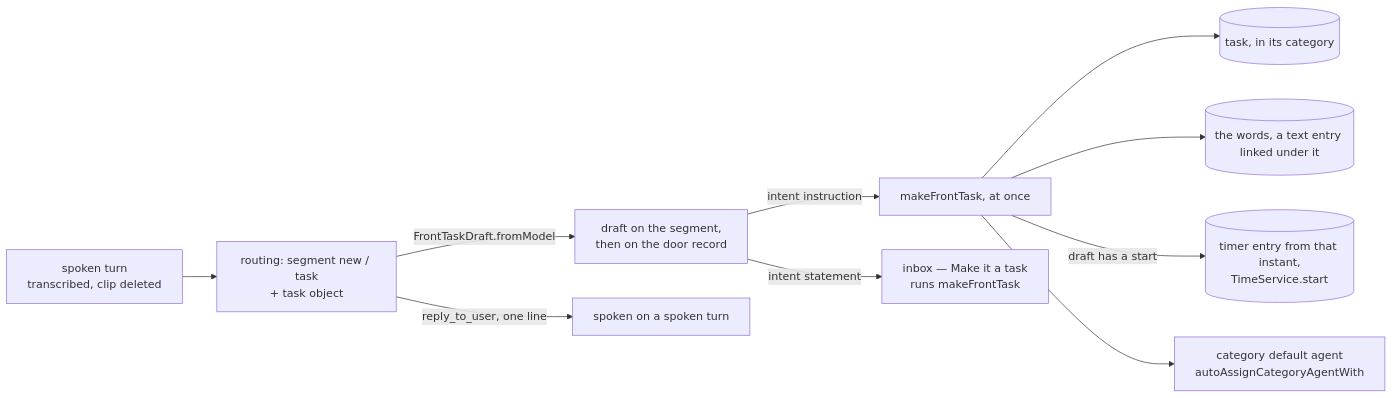
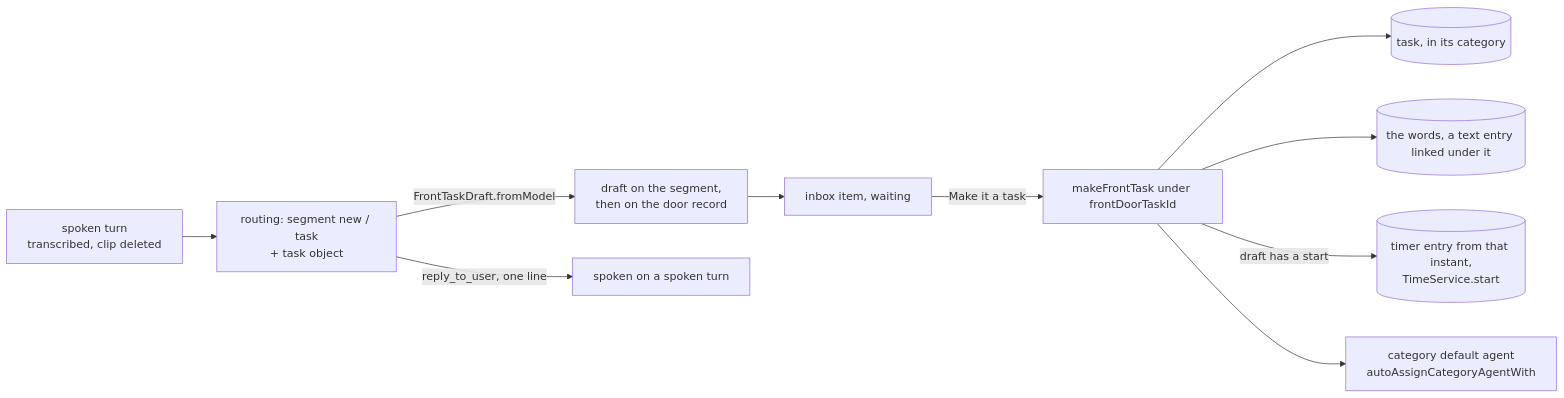
Before and after one commit to matthiasn/lotti: the third of 8 diagrams in knowledge/features/front_agent.md, drawn with Mermaid. The commit also changed other lines of this file and 10 other files, not shown here.

Commit message:
fix(front-agent): a dictated task waits for the tap, filled in; undo takes the words copy along

````diff
--- a/knowledge/features/front_agent.md
+++ b/knowledge/features/front_agent.md
@@ -529,12 +529,12 @@
 ```mermaid
 flowchart LR
   W[spoken turn<br/>transcribed, clip deleted] --> R[routing: segment new / task<br/>+ task object]
   R -->|FrontTaskDraft.fromModel| V[draft on the segment,<br/>then on the door record]
-  V -->|intent instruction| M[makeFrontTask, at once]
-  V -->|intent statement| I[inbox — Make it a task<br/>runs makeFrontTask]
+  V --> I[inbox item, waiting]
+  I -->|Make it a task| M[makeFrontTask under frontDoorTaskId]
   M --> T[(task, in its category)]
   M --> E[(the words, a text entry linked under it)]
   M -->|draft has a start| C[(timer entry from that instant,<br/>TimeService.start)]
   M --> A[category default agent<br/>autoAssignCategoryAgentWith]
   R -->|reply_to_user, one line| S[spoken on a spoken turn]
 ```
````
